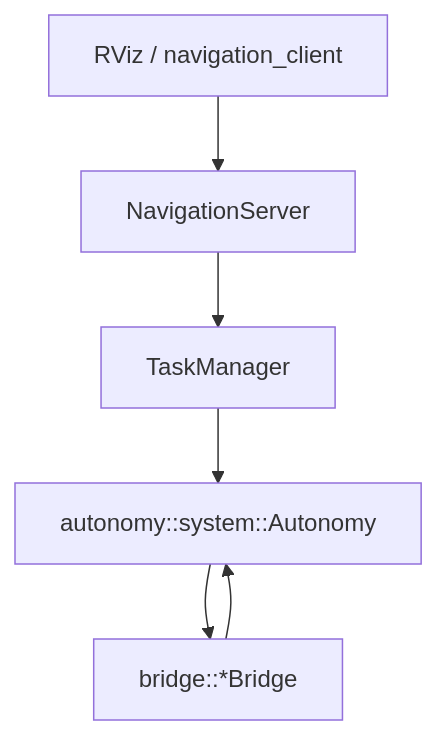
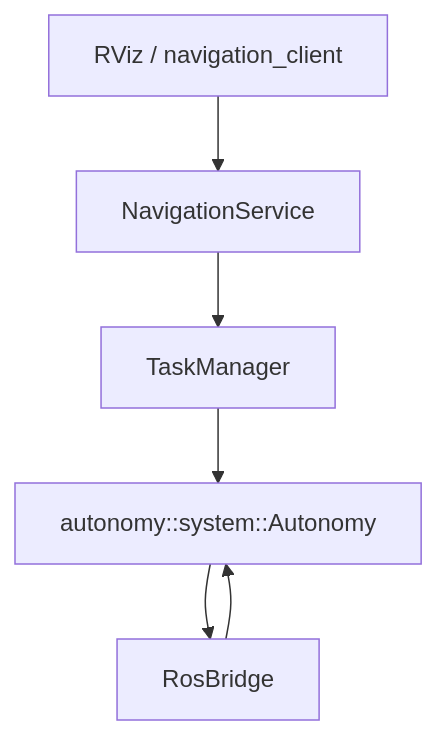
One commit to quandy2020/autonomy_ros changed the diagram in README.md. Above: the diagram before and after it, drawn with Mermaid. The commit also changed other lines of this file and 81 other files, not shown here.

````diff
--- a/README.md
+++ b/README.md
@@ -172,11 +175,11 @@
 ```mermaid
 flowchart TB
   Client[RViz / navigation_client]
-  NS[NavigationServer]
+  NS[NavigationService]
   TM[TaskManager]
   Core[autonomy::system::Autonomy]
-  Bridge[bridge::*Bridge]
+  Bridge[RosBridge]
   Client --> NS --> TM --> Core
   Bridge --> Core
   Core --> Bridge
 ```
````
